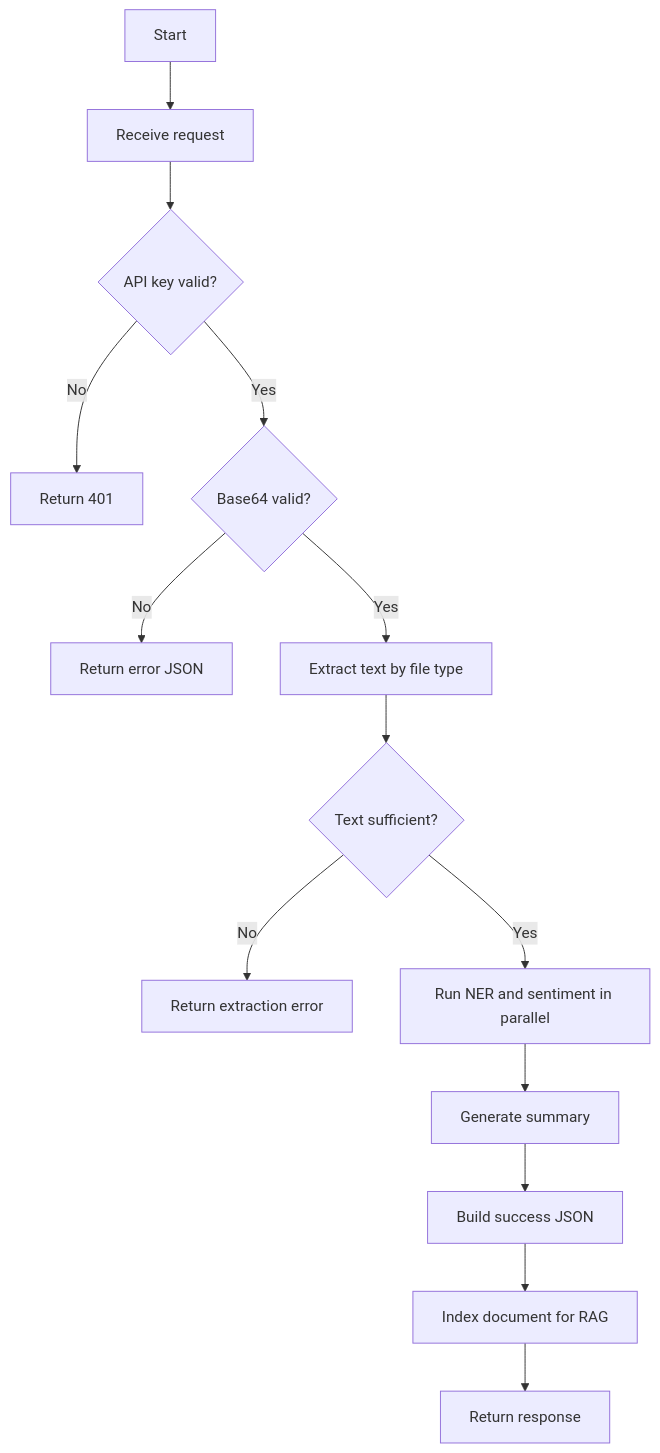
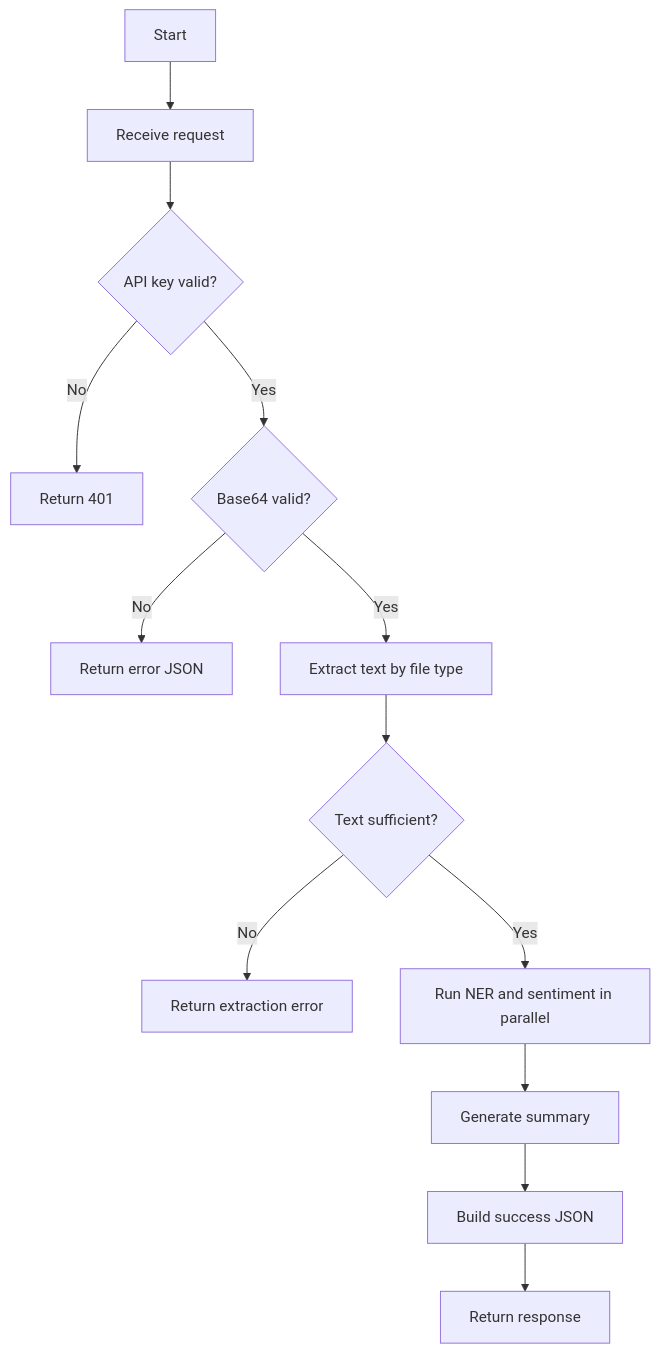
One commit to Akshat1345/document-analyzer changed the second of 2 diagrams in README.md. Above: the diagram before and after it, drawn with Mermaid. The commit also changed other lines of this file and 15 other files, not shown here.

````diff
--- a/README.md
+++ b/README.md
@@ -126,16 +115,15 @@
 ```mermaid
 flowchart TD
   S[Start] --> U[Receive request]
   U --> V{API key valid?}
   V -->|No| W[Return 401]
   V -->|Yes| X{Base64 valid?}
   X -->|No| Y[Return error JSON]
   X -->|Yes| Z[Extract text by file type]
   Z --> AA{Text sufficient?}
   AA -->|No| AB[Return extraction error]
   AA -->|Yes| AC[Run NER and sentiment in parallel]
   AC --> AD[Generate summary]
   AD --> AE[Build success JSON]
-  AE --> AF[Index document for RAG]
-  AF --> AG[Return response]
+  AE --> AG[Return response]
 ```
````
